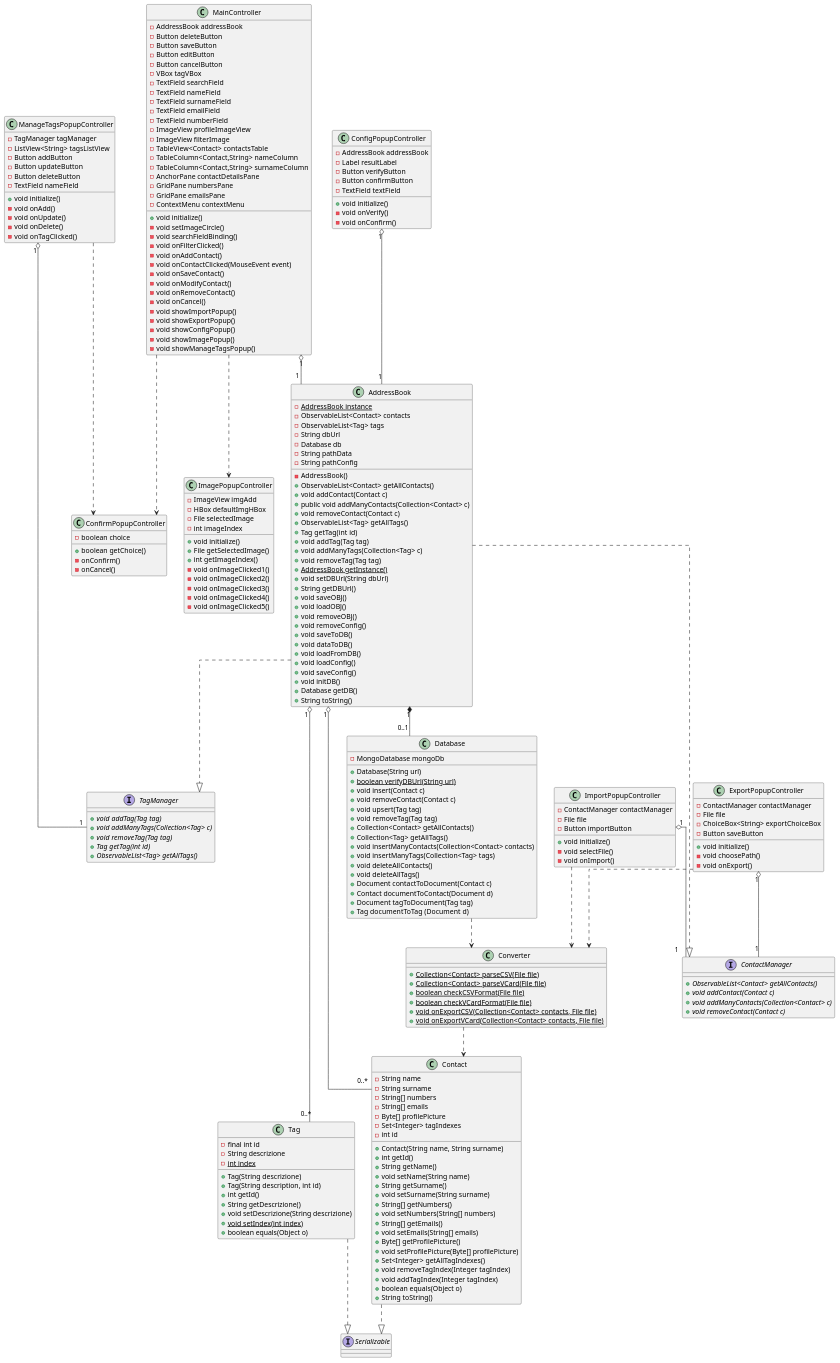
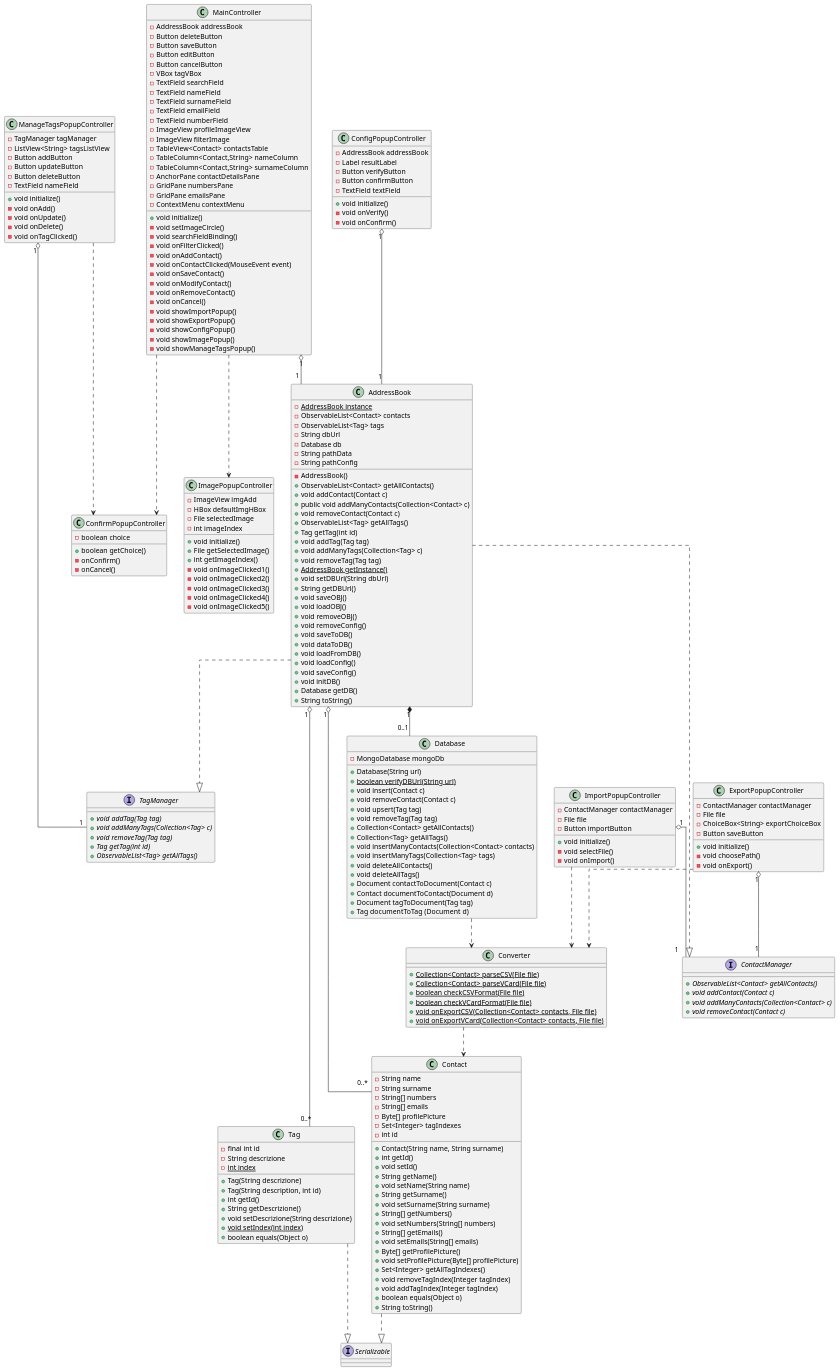
One commit to savaava/ProgettoRubrica changed the diagram in documenti/diagrammi di classe/puml/diagrammaClassi.puml. Above: the diagram before and after it, drawn with PlantUML. The commit also changed 1 other file, not shown here.

```diff
--- a/documenti/diagrammi di classe/puml/diagrammaClassi.puml
+++ b/documenti/diagrammi di classe/puml/diagrammaClassi.puml
@@ -29,6 +29,7 @@
 
     + Contact(String name, String surname)
     + int getId()
+    + void setId()
     + String getName()
     + void setName(String name)
     + String getSurname()
```
